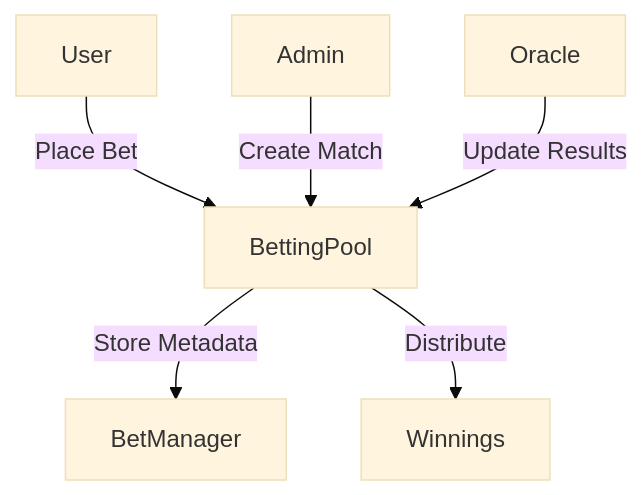
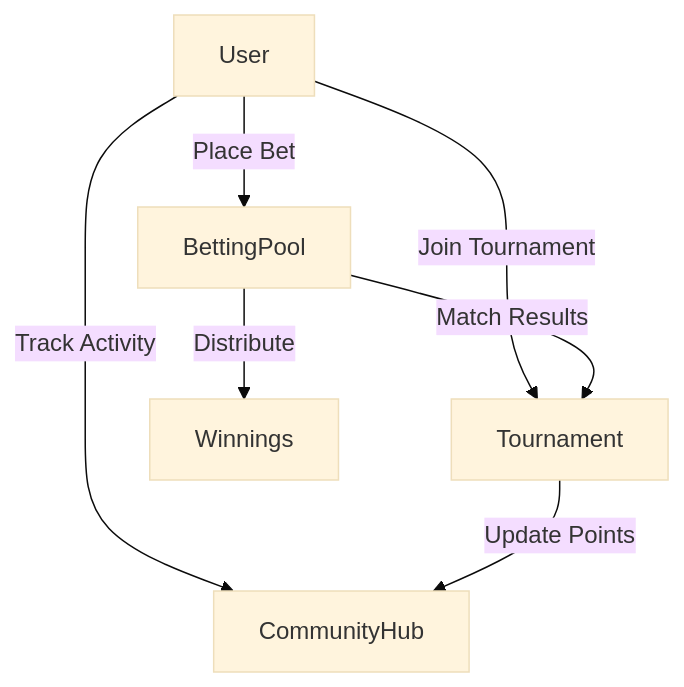
The diagram in README.md (anjolagithub/chainbets), drawn with Mermaid (base theme) before and after one commit. The commit also changed other lines of this file, not shown here.

````diff
--- a/README.md
+++ b/README.md
@@ -143,8 +151,9 @@
 ```mermaid
 graph TD
     A[User] -->|Place Bet| B[BettingPool]
-    B -->|Store Metadata| C[BetManager]
-    D[Admin] -->|Create Match| B
-    E[Oracle] -->|Update Results| B
-    B -->|Distribute| F[Winnings]
+    A -->|Join Tournament| C[Tournament]
+    A -->|Track Activity| D[CommunityHub]
+    B -->|Match Results| C
+    C -->|Update Points| D
+    B -->|Distribute| E[Winnings]
 ```
````
